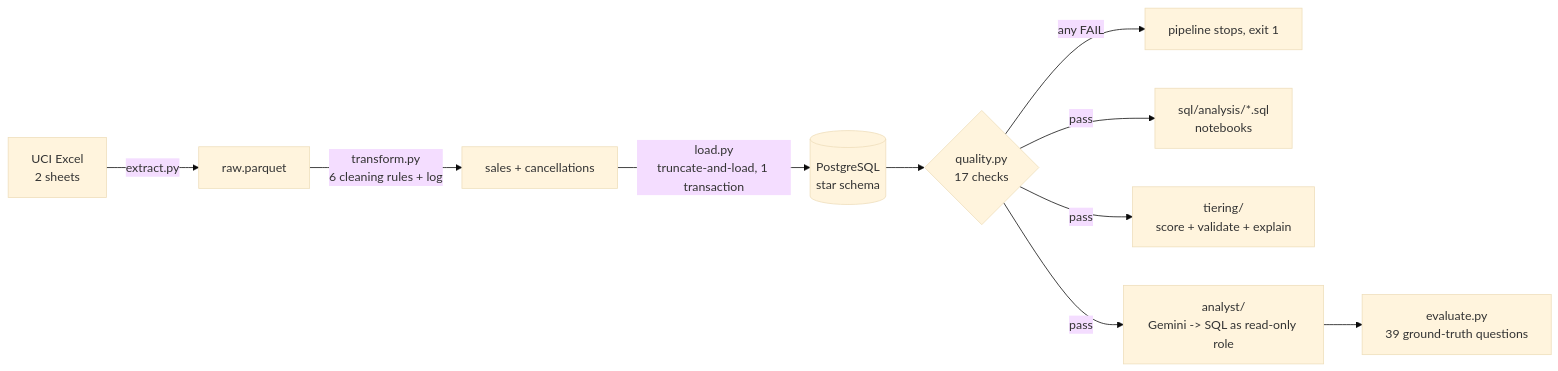
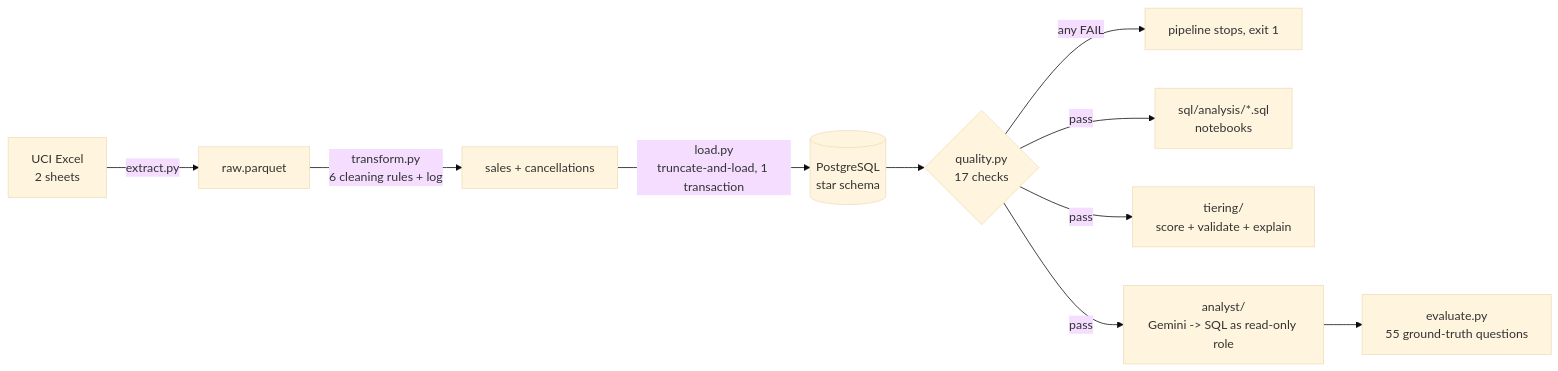
Before and after one commit to Raghav-2006/retail-churn-analysis: the diagram in README.md, drawn with Mermaid (base theme). The commit also changed other lines of this file and 12 other files, not shown here.

````diff
--- a/README.md
+++ b/README.md
@@ -16,12 +16,12 @@
 ```mermaid
 flowchart LR
     A[UCI Excel<br/>2 sheets] -->|extract.py| B[raw.parquet]
     B -->|transform.py<br/>6 cleaning rules + log| C[sales + cancellations]
     C -->|load.py<br/>truncate-and-load, 1 transaction| D[(PostgreSQL<br/>star schema)]
     D --> Q{quality.py<br/>17 checks}
     Q -->|any FAIL| X[pipeline stops, exit 1]
     Q -->|pass| E[sql/analysis/*.sql<br/>notebooks]
     Q -->|pass| F[tiering/<br/>score + validate + explain]
     Q -->|pass| G[analyst/<br/>Gemini -> SQL as read-only role]
-    G --> H[evaluate.py<br/>39 ground-truth questions]
+    G --> H[evaluate.py<br/>55 ground-truth questions]
 ```
````
